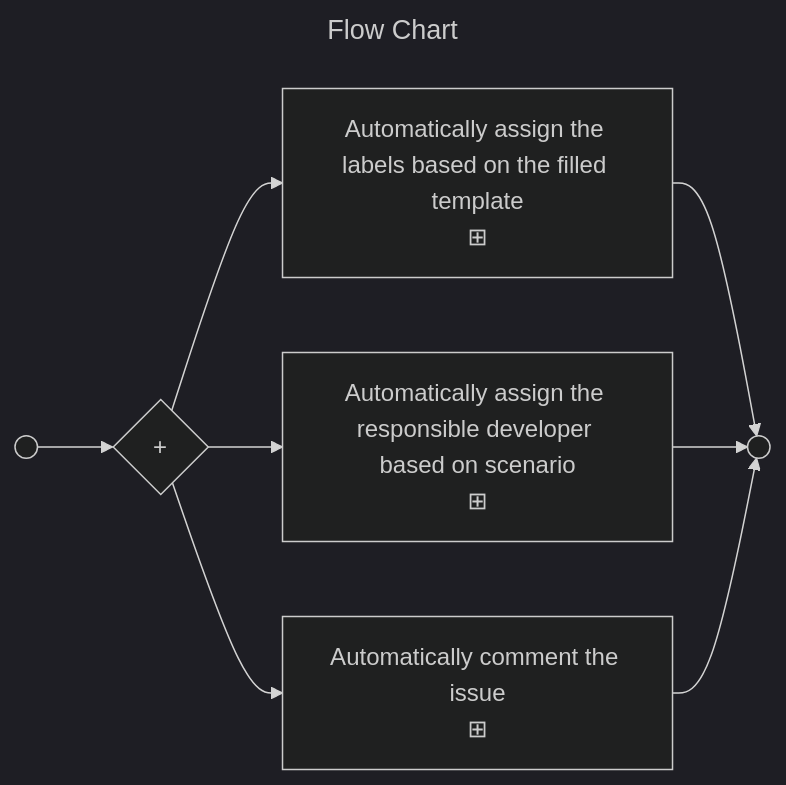
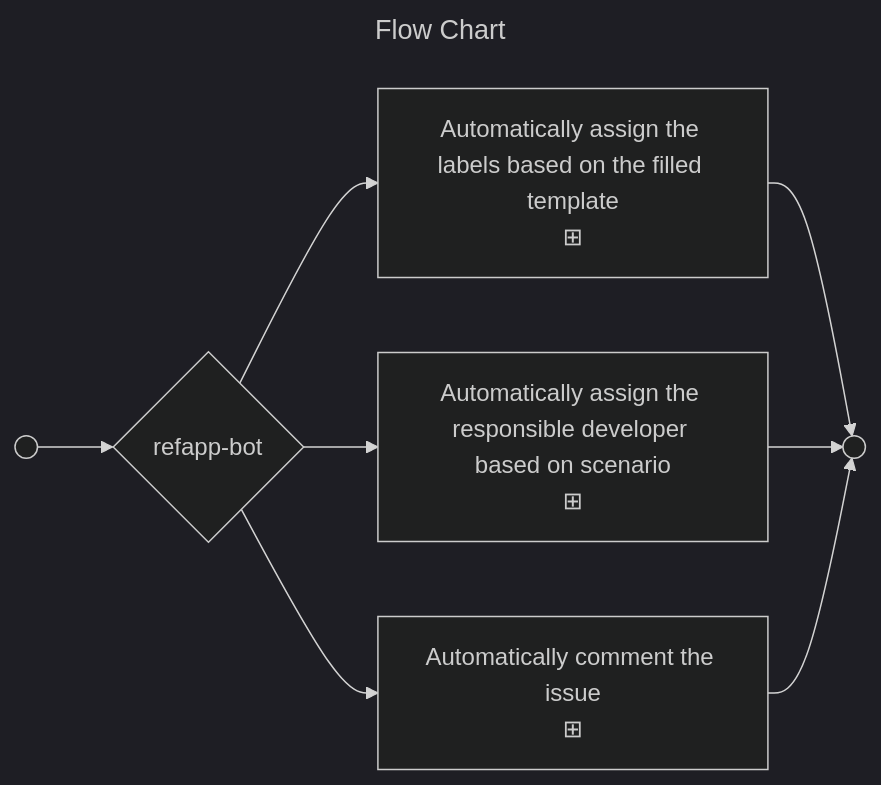
One commit to ejazsyed/validation-issue changed the diagram in README.md. Above: the diagram before and after it, drawn with Mermaid (dark theme).

Commit message:
issu-bot

````diff
--- a/README.md
+++ b/README.md
@@ -6,13 +6,13 @@
 ```mermaid
 ---
 title: Flow Chart
 ---
 flowchart LR
-    start(( )) --> p1{+}
+    start(( )) --> p1{refapp-bot}
     p1 --> assignee["Automatically assign the labels based on the filled template\n⊞"]
     p1 --> label["Automatically assign the responsible developer based on scenario\n⊞"]
     p1 --> comment["Automatically comment the issue\n⊞"]
     assignee --> e1(( ))
     label --> e1
     comment --> e1
 ```
````
